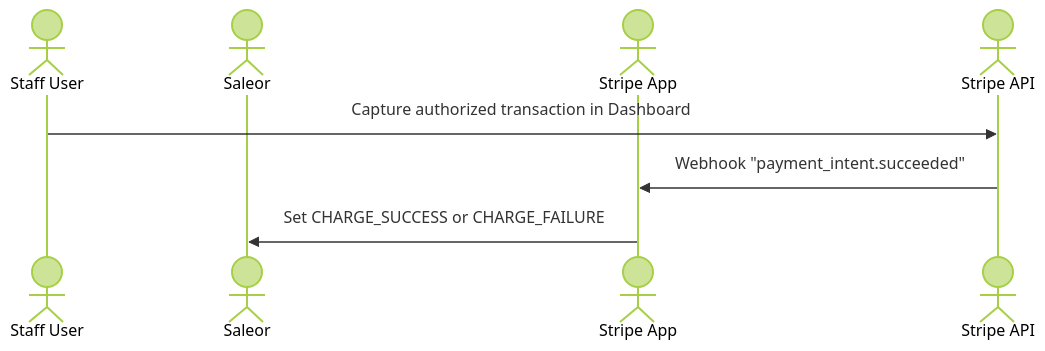
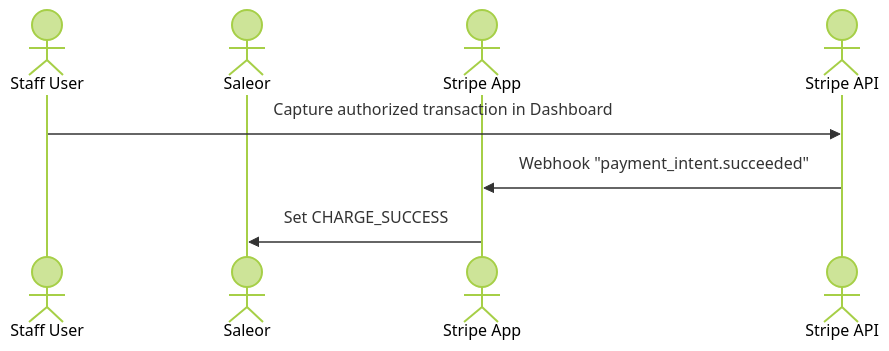
Before and after one commit to saleor/saleor-docs: the seventh of 10 diagrams in docs/developer/app-store/apps/stripe/architecture.mdx, drawn with Mermaid (forest theme). The commit also changed other lines of this file and 1 other file, not shown here.

Commit message:
update diagrams

````diff
--- a/docs/developer/app-store/apps/stripe/architecture.mdx
+++ b/docs/developer/app-store/apps/stripe/architecture.mdx
@@ -239,12 +240,12 @@
 ```mermaid
 sequenceDiagram
     %% actor Storefront
     actor Staff User
     actor Saleor
     actor Stripe App
     actor Stripe API
 
     Staff User->>Stripe API: Capture authorized transaction in Dashboard
     Stripe API ->> Stripe App: Webhook "payment_intent.succeeded"
-    Stripe App ->> Saleor: Set CHARGE_SUCCESS or CHARGE_FAILURE
+    Stripe App ->> Saleor: Set CHARGE_SUCCESS
 ```
````
